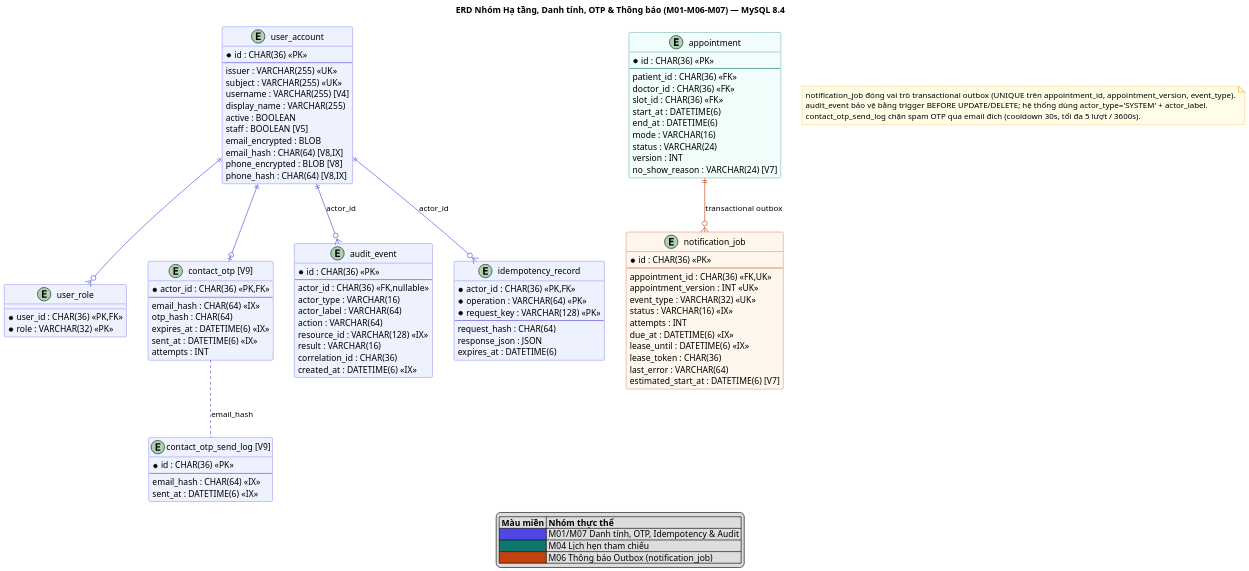
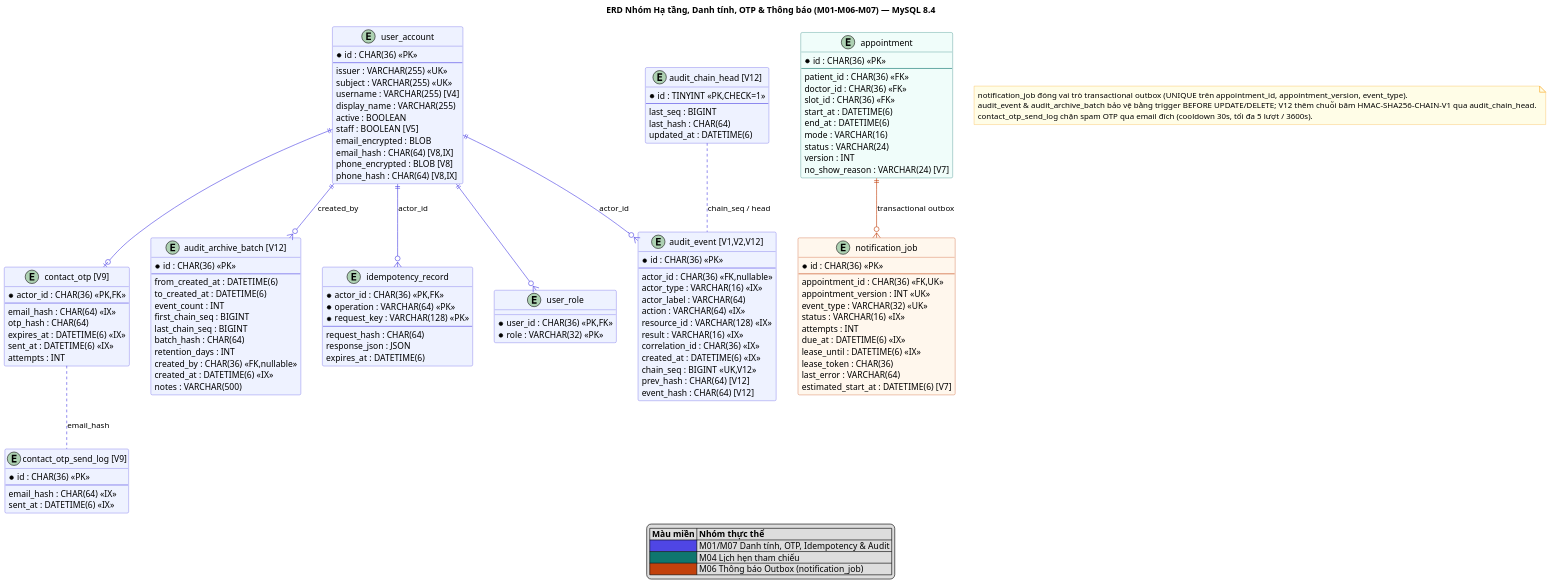
The diagram in docs/design/database/erd-infrastructure.puml (Samie32/SE-project), drawn with PlantUML before and after one commit. The commit also changed 22 other files, not shown here.

```diff
--- a/docs/design/database/erd-infrastructure.puml
+++ b/docs/design/database/erd-infrastructure.puml
@@ -1,121 +1,149 @@
 @startuml erd-infrastructure
 skinparam entity {
   FontName Arial
   FontSize 10
 }
 skinparam noteBackgroundColor #FFFDE7
 skinparam noteBorderColor #F9A825
 skinparam shadowing false
 skinparam dpi 150
 title ERD Nhóm Hạ tầng, Danh tính, OTP & Thông báo (M01–M06–M07) — MySQL 8.4
 
 entity "user_account" as UA #EEF2FF;line:4F46E5 {
   * id : CHAR(36) <<PK>>
   --
   issuer : VARCHAR(255) <<UK>>
   subject : VARCHAR(255) <<UK>>
   username : VARCHAR(255) [V4]
   display_name : VARCHAR(255)
   active : BOOLEAN
   staff : BOOLEAN [V5]
   email_encrypted : BLOB
   email_hash : CHAR(64) [V8,IX]
   phone_encrypted : BLOB [V8]
   phone_hash : CHAR(64) [V8,IX]
 }
 
 entity "user_role" as UR #EEF2FF;line:4F46E5 {
   * user_id : CHAR(36) <<PK,FK>>
   * role : VARCHAR(32) <<PK>>
 }
 
 entity "contact_otp [V9]" as CO #EEF2FF;line:4F46E5 {
   * actor_id : CHAR(36) <<PK,FK>>
   --
   email_hash : CHAR(64) <<IX>>
   otp_hash : CHAR(64)
   expires_at : DATETIME(6) <<IX>>
   sent_at : DATETIME(6) <<IX>>
   attempts : INT
 }
 
 entity "contact_otp_send_log [V9]" as COS #EEF2FF;line:4F46E5 {
   * id : CHAR(36) <<PK>>
   --
   email_hash : CHAR(64) <<IX>>
   sent_at : DATETIME(6) <<IX>>
 }
 
-entity "audit_event" as AE #EEF2FF;line:4F46E5 {
+entity "audit_event [V1,V2,V12]" as AE #EEF2FF;line:4F46E5 {
   * id : CHAR(36) <<PK>>
   --
   actor_id : CHAR(36) <<FK,nullable>>
-  actor_type : VARCHAR(16)
+  actor_type : VARCHAR(16) <<IX>>
   actor_label : VARCHAR(64)
-  action : VARCHAR(64)
+  action : VARCHAR(64) <<IX>>
   resource_id : VARCHAR(128) <<IX>>
-  result : VARCHAR(16)
-  correlation_id : CHAR(36)
+  result : VARCHAR(16) <<IX>>
+  correlation_id : CHAR(36) <<IX>>
   created_at : DATETIME(6) <<IX>>
+  chain_seq : BIGINT <<UK,V12>>
+  prev_hash : CHAR(64) [V12]
+  event_hash : CHAR(64) [V12]
+}
+
+entity "audit_chain_head [V12]" as ACH #EEF2FF;line:4F46E5 {
+  * id : TINYINT <<PK,CHECK=1>>
+  --
+  last_seq : BIGINT
+  last_hash : CHAR(64)
+  updated_at : DATETIME(6)
+}
+
+entity "audit_archive_batch [V12]" as AAB #EEF2FF;line:4F46E5 {
+  * id : CHAR(36) <<PK>>
+  --
+  from_created_at : DATETIME(6)
+  to_created_at : DATETIME(6)
+  event_count : INT
+  first_chain_seq : BIGINT
+  last_chain_seq : BIGINT
+  batch_hash : CHAR(64)
+  retention_days : INT
+  created_by : CHAR(36) <<FK,nullable>>
+  created_at : DATETIME(6) <<IX>>
+  notes : VARCHAR(500)
 }
 
 entity "idempotency_record" as IR #EEF2FF;line:4F46E5 {
   * actor_id : CHAR(36) <<PK,FK>>
   * operation : VARCHAR(64) <<PK>>
   * request_key : VARCHAR(128) <<PK>>
   --
   request_hash : CHAR(64)
   response_json : JSON
   expires_at : DATETIME(6)
 }
 
 entity "appointment" as AP #F0FDFA;line:0F766E {
   * id : CHAR(36) <<PK>>
   --
   patient_id : CHAR(36) <<FK>>
   doctor_id : CHAR(36) <<FK>>
   slot_id : CHAR(36) <<FK>>
   start_at : DATETIME(6)
   end_at : DATETIME(6)
   mode : VARCHAR(16)
   status : VARCHAR(24)
   version : INT
   no_show_reason : VARCHAR(24) [V7]
 }
 
 entity "notification_job" as NJ #FFF7ED;line:C2410C {
   * id : CHAR(36) <<PK>>
   --
   appointment_id : CHAR(36) <<FK,UK>>
   appointment_version : INT <<UK>>
   event_type : VARCHAR(32) <<UK>>
   status : VARCHAR(16) <<IX>>
   attempts : INT
   due_at : DATETIME(6) <<IX>>
   lease_until : DATETIME(6) <<IX>>
   lease_token : CHAR(36)
   last_error : VARCHAR(64)
   estimated_start_at : DATETIME(6) [V7]
 }
 
 UA ||-[#4F46E5]-o{ UR
 UA ||-[#4F46E5]-o| CO
 CO .[#4F46E5]. COS : email_hash
 UA ||-[#4F46E5]-o{ AE : actor_id
+ACH .[#4F46E5]. AE : chain_seq / head
+UA ||-[#4F46E5]-o{ AAB : created_by
 UA ||-[#4F46E5]-o{ IR : actor_id
 AP ||-[#C2410C]-o{ NJ : transactional outbox
 
 note as N1
   notification_job đóng vai trò transactional outbox (UNIQUE trên appointment_id, appointment_version, event_type).
-  audit_event bảo vệ bằng trigger BEFORE UPDATE/DELETE; hệ thống dùng actor_type='SYSTEM' + actor_label.
+  audit_event & audit_archive_batch bảo vệ bằng trigger BEFORE UPDATE/DELETE; V12 thêm chuỗi băm HMAC-SHA256-CHAIN-V1 qua audit_chain_head.
   contact_otp_send_log chặn spam OTP qua email đích (cooldown 30s, tối đa 5 lượt / 3600s).
 end note
 
 legend bottom
   |= Màu miền |= Nhóm thực thể |
   |<#4F46E5>   | M01/M07 Danh tính, OTP, Idempotency & Audit |
   |<#0F766E>   | M04 Lịch hẹn tham chiếu |
   |<#C2410C>   | M06 Thông báo Outbox (notification_job) |
 endlegend
 
 @enduml
```
